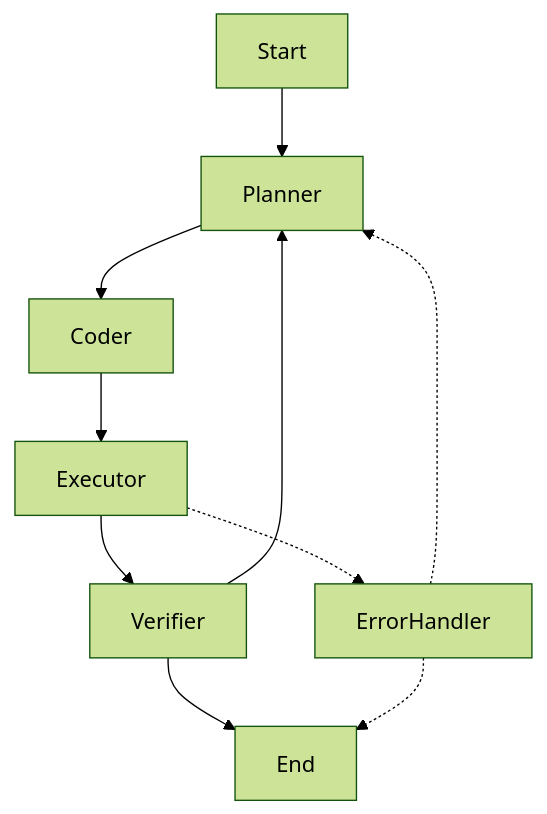
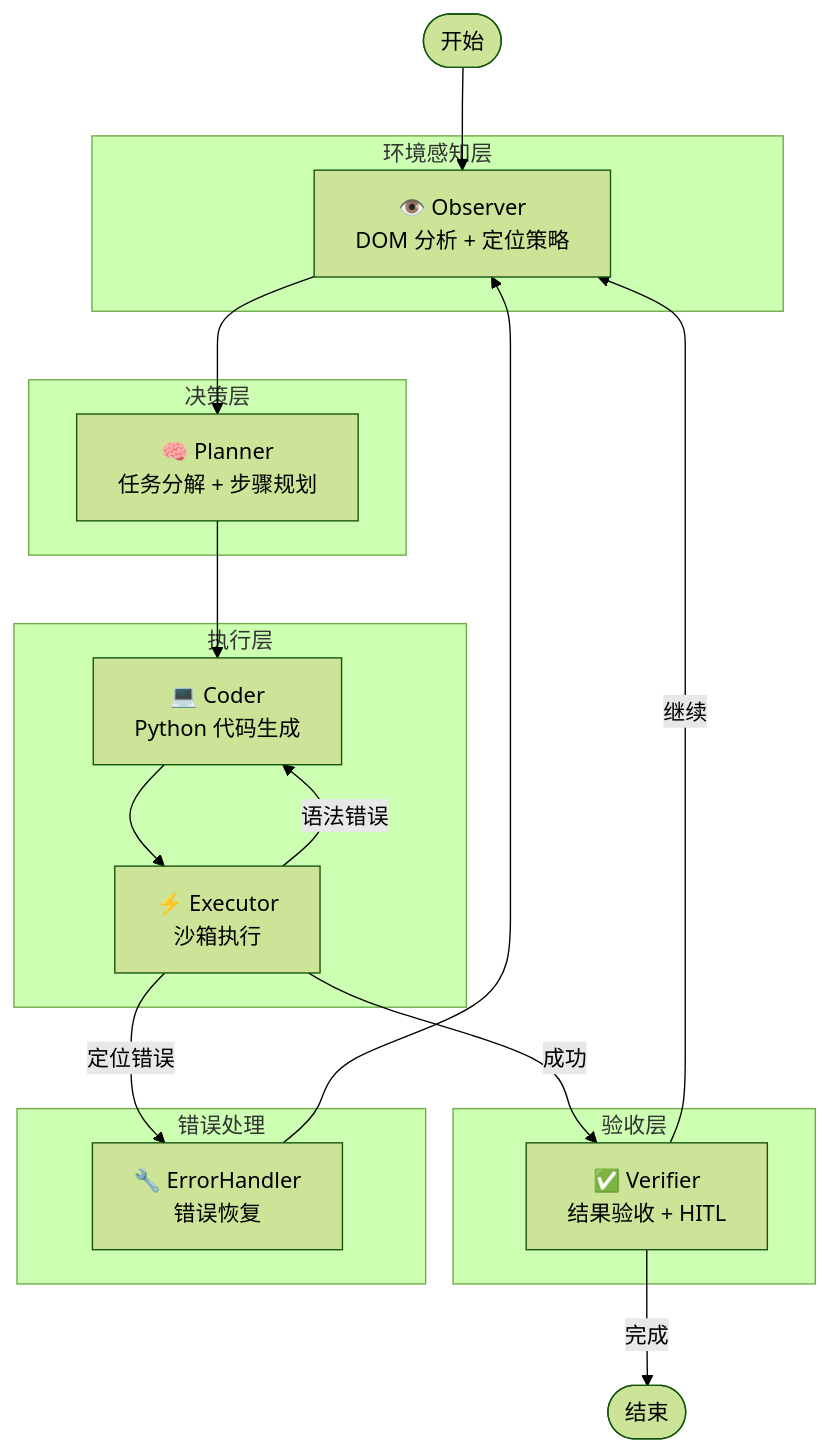
One commit to 1122414/AutoWeb changed the diagram in Readme.md. Above: the diagram before and after it, drawn with Mermaid (forest theme). The commit also changed other lines of this file, not shown here.

````diff
--- a/Readme.md
+++ b/Readme.md
@@ -38,13 +23,34 @@
 ```mermaid
 graph TD
-    Start --> Planner
+    subgraph "环境感知层"
+        Observer["👁️ Observer<br/>DOM 分析 + 定位策略"]
+    end
+    
+    subgraph "决策层"
+        Planner["🧠 Planner<br/>任务分解 + 步骤规划"]
+    end
+    
+    subgraph "执行层"
+        Coder["💻 Coder<br/>Python 代码生成"]
+        Executor["⚡ Executor<br/>沙箱执行"]
+    end
+    
+    subgraph "验收层"
+        Verifier["✅ Verifier<br/>结果验收 + HITL"]
+    end
+    
+    subgraph "错误处理"
+        ErrorHandler["🔧 ErrorHandler<br/>错误恢复"]
+    end
+    
+    Start([开始]) --> Observer
+    Observer --> Planner
     Planner --> Coder
     Coder --> Executor
-    Executor --> Verifier
-    Verifier --> Planner
-    Verifier --> End
-    
-    Executor -.-> ErrorHandler
-    ErrorHandler -.-> Planner
-    ErrorHandler -.-> End
+    Executor -->|成功| Verifier
+    Executor -->|语法错误| Coder
+    Executor -->|定位错误| ErrorHandler
+    Verifier -->|继续| Observer
+    Verifier -->|完成| End([结束])
+    ErrorHandler --> Observer
 ```
````
